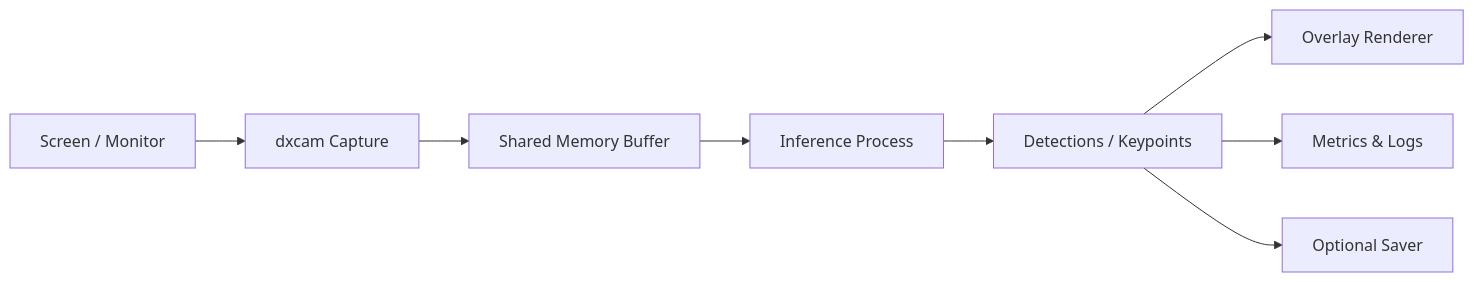
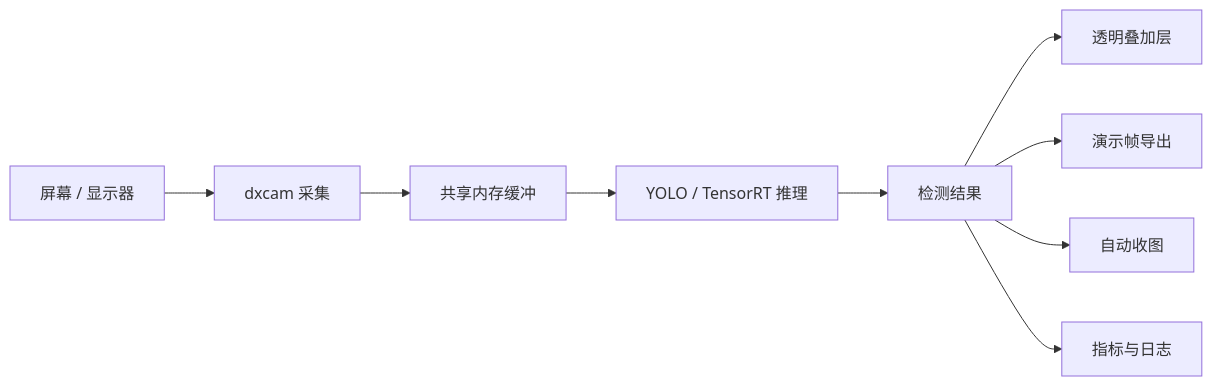
The first of 4 diagrams in readme.md (Rand0MGG/UltraLowLatency-YOLO-Pipeline), drawn with Mermaid before and after one commit. The commit also changed other lines of this file and 20 other files, not shown here.

````diff
--- a/readme.md
+++ b/readme.md
@@ -69,10 +239,11 @@
 ```mermaid
 flowchart LR
-    A["Screen / Monitor"] --> B["dxcam Capture"]
-    B --> C["Shared Memory Buffer"]
-    C --> D["Inference Process"]
-    D --> E["Detections / Keypoints"]
-    E --> F["Overlay Renderer"]
-    E --> G["Metrics & Logs"]
-    E --> H["Optional Saver"]
+    A["屏幕 / 显示器"] --> B["dxcam 采集"]
+    B --> C["共享内存缓冲"]
+    C --> D["YOLO / TensorRT 推理"]
+    D --> E["检测结果"]
+    E --> F["透明叠加层"]
+    E --> G["演示帧导出"]
+    E --> H["自动收图"]
+    E --> I["指标与日志"]
 ```
````
